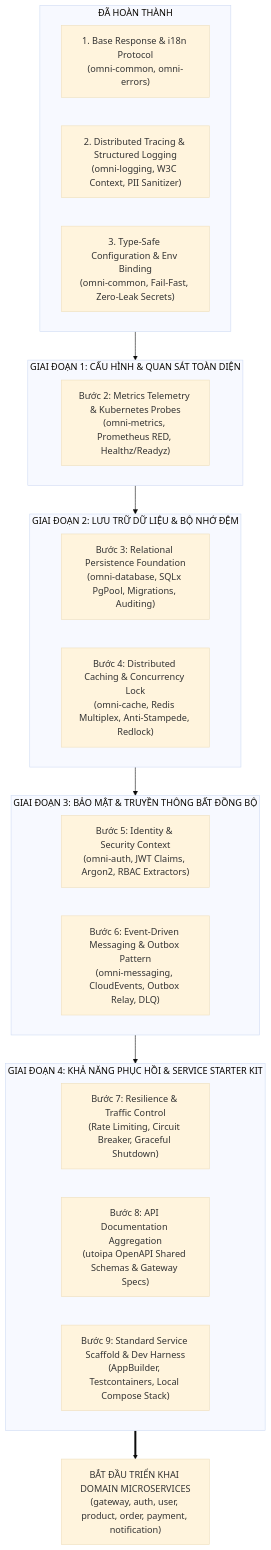
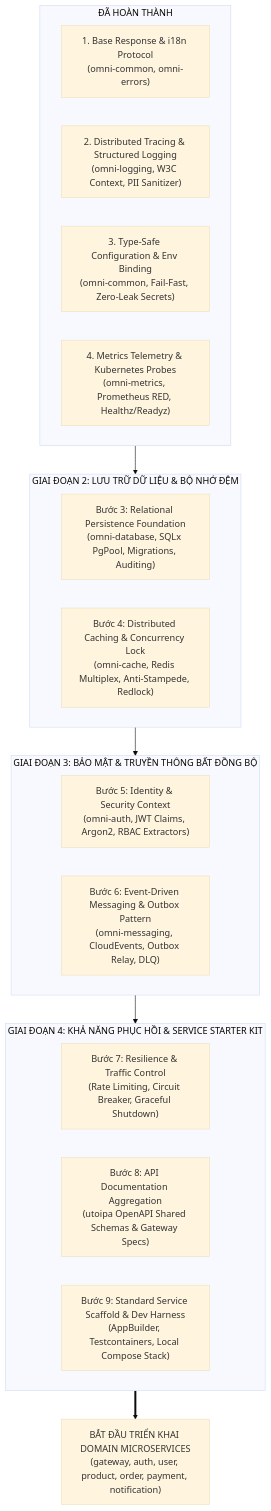
The diagram in RoadMap.md (NQHxDev/OmniKubernetes), drawn with Mermaid (base theme) before and after one commit. The commit also changed other lines of this file and 27 other files, not shown here.

Commit message:
feat: implement metrics and telemetry library with probes and middleware

````diff
--- a/RoadMap.md
+++ b/RoadMap.md
@@ -38,34 +39,30 @@
 ```mermaid
 flowchart TD
     subgraph Done["ĐÃ HOÀN THÀNH"]
         M01["1. Base Response & i18n Protocol<br/>(omni-common, omni-errors)"]
         M02["2. Distributed Tracing & Structured Logging<br/>(omni-logging, W3C Context, PII Sanitizer)"]
         M03["3. Type-Safe Configuration & Env Binding<br/>(omni-common, Fail-Fast, Zero-Leak Secrets)"]
-    end
-
-    subgraph Phase1["GIAI ĐOẠN 1: CẤU HÌNH & QUAN SÁT TOÀN DIỆN"]
-        P2["Bước 2: Metrics Telemetry & Kubernetes Probes<br/>(omni-metrics, Prometheus RED, Healthz/Readyz)"]
+        M04["4. Metrics Telemetry & Kubernetes Probes<br/>(omni-metrics, Prometheus RED, Healthz/Readyz)"]
     end
 
     subgraph Phase2["GIAI ĐOẠN 2: LƯU TRỮ DỮ LIỆU & BỘ NHỚ ĐỆM"]
         P3["Bước 3: Relational Persistence Foundation<br/>(omni-database, SQLx PgPool, Migrations, Auditing)"]
         P4["Bước 4: Distributed Caching & Concurrency Lock<br/>(omni-cache, Redis Multiplex, Anti-Stampede, Redlock)"]
     end
 
     subgraph Phase3["GIAI ĐOẠN 3: BẢO MẬT & TRUYỀN THÔNG BẤT ĐỒNG BỘ"]
         P5["Bước 5: Identity & Security Context<br/>(omni-auth, JWT Claims, Argon2, RBAC Extractors)"]
         P6["Bước 6: Event-Driven Messaging & Outbox Pattern<br/>(omni-messaging, CloudEvents, Outbox Relay, DLQ)"]
     end
 
     subgraph Phase4["GIAI ĐOẠN 4: KHẢ NĂNG PHỤC HỒI & SERVICE STARTER KIT"]
         P7["Bước 7: Resilience & Traffic Control<br/>(Rate Limiting, Circuit Breaker, Graceful Shutdown)"]
         P8["Bước 8: API Documentation Aggregation<br/>(utoipa OpenAPI Shared Schemas & Gateway Specs)"]
         P9["Bước 9: Standard Service Scaffold & Dev Harness<br/>(AppBuilder, Testcontainers, Local Compose Stack)"]
     end
 
-    Done --> Phase1
-    Phase1 --> Phase2
+    Done --> Phase2
     Phase2 --> Phase3
     Phase3 --> Phase4
     Phase4 ==> Target["BẮT ĐẦU TRIỂN KHAI DOMAIN MICROSERVICES<br/>(gateway, auth, user, product, order, payment, notification)"]
 ```
````
